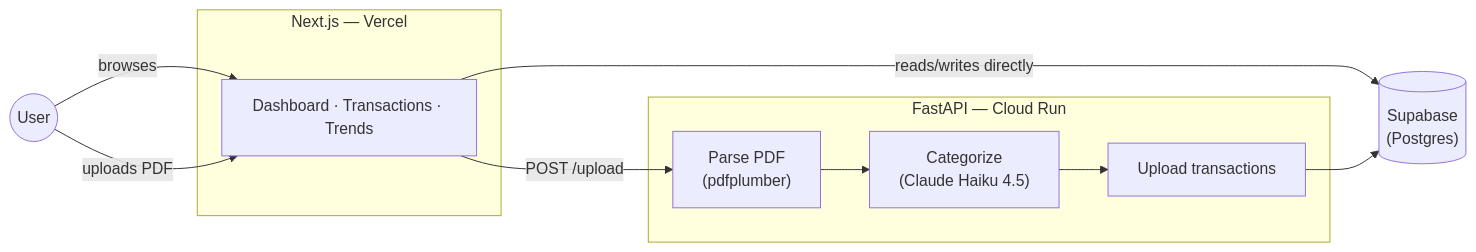
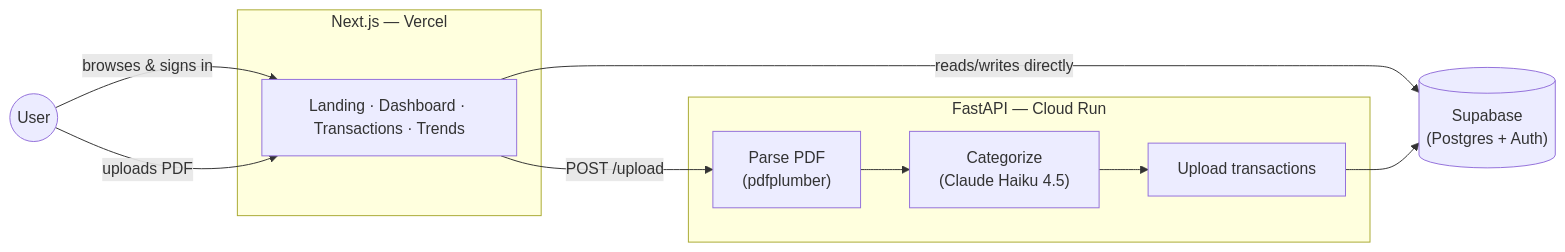
Before and after one commit to wjiang4318/finance_tracking: the diagram in README.md, drawn with Mermaid. The commit also changed other lines of this file and 4 other files, not shown here.

````diff
--- a/README.md
+++ b/README.md
@@ -23,20 +39,20 @@
 ```mermaid
 flowchart LR
     User(("User"))
 
     subgraph Frontend["Next.js — Vercel"]
-        FE["Dashboard · Transactions · Trends"]
+        FE["Landing · Dashboard · Transactions · Trends"]
     end
 
     subgraph Backend["FastAPI — Cloud Run"]
         Parse["Parse PDF\n(pdfplumber)"] --> Categorize["Categorize\n(Claude Haiku 4.5)"] --> Upload["Upload transactions"]
     end
 
-    DB[("Supabase\n(Postgres)")]
+    DB[("Supabase\n(Postgres + Auth)")]
 
-    User -->|browses| FE
+    User -->|browses & signs in| FE
     User -->|uploads PDF| FE
     FE -->|reads/writes directly| DB
     FE -->|"POST /upload"| Parse
     Upload --> DB
 ```
````
